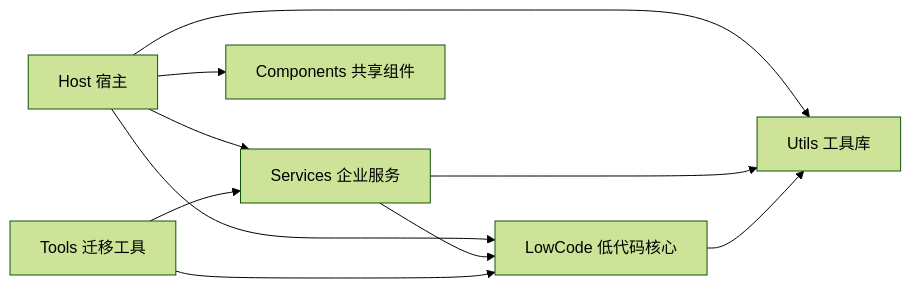
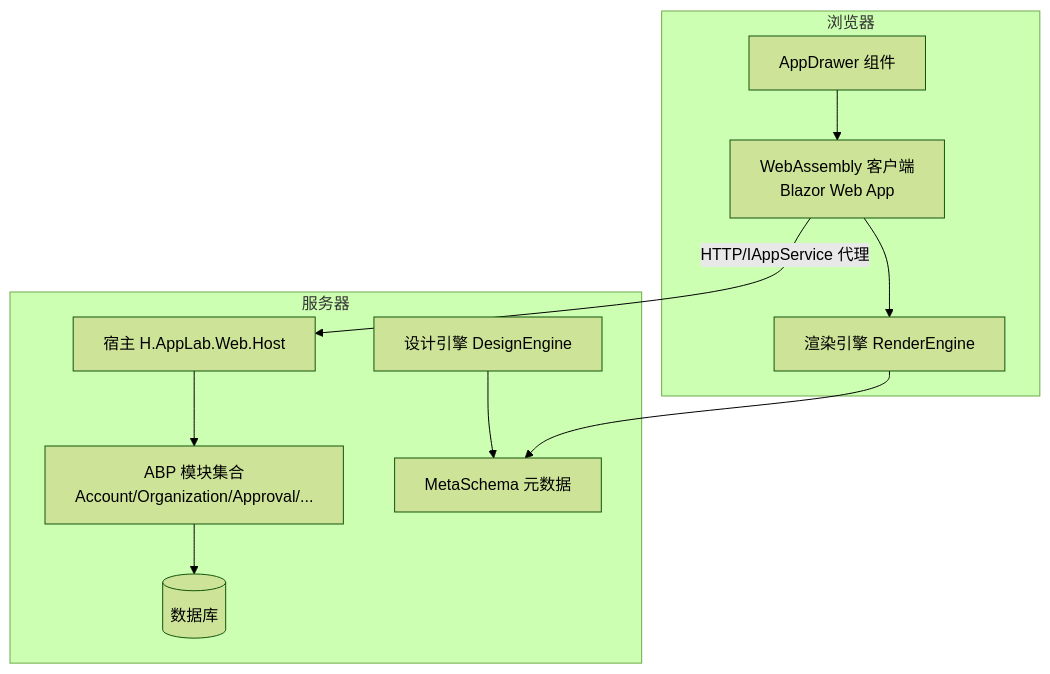
The second of 6 diagrams in .qoder/repowiki/zh/content/项目概述.md (openlowcodelab/lowcode), drawn with Mermaid (forest theme) before and after one commit. The commit also changed other lines of this file and 223 other files, not shown here.

````diff
--- a/.qoder/repowiki/zh/content/项目概述.md
+++ b/.qoder/repowiki/zh/content/项目概述.md
@@ -245,14 +114,24 @@
 ```mermaid
-graph LR
-    Host["Host 宿主"] --> Services["Services 企业服务"]
-    Host --> LowCode["LowCode 低代码核心"]
-    Host --> Components["Components 共享组件"]
-    Host --> Utils["Utils 工具库"]
+graph TB
+    subgraph "浏览器"
+        Wasm["WebAssembly 客户端<br/>Blazor Web App"]
+        Drawer["AppDrawer 组件"]
+        Render["渲染引擎 RenderEngine"]
+    end
 
-    Services --> Utils
-    LowCode --> Utils
-    Services --> LowCode
+    subgraph "服务器"
+        Host["宿主 H.AppLab.Web.Host"]
+        Modules["ABP 模块集合<br/>Account/Organization/Approval/..."]
+        Design["设计引擎 DesignEngine"]
+        Meta["MetaSchema 元数据"]
+        DB[("数据库")]
+    end
 
-    Tools["Tools 迁移工具"] --> Services
-    Tools --> LowCode
+    Wasm -->|HTTP/IAppService 代理| Host
+    Wasm --> Render
+    Render --> Meta
+    Design --> Meta
+    Host --> Modules
+    Modules --> DB
+    Drawer --> Wasm
 ```
````
